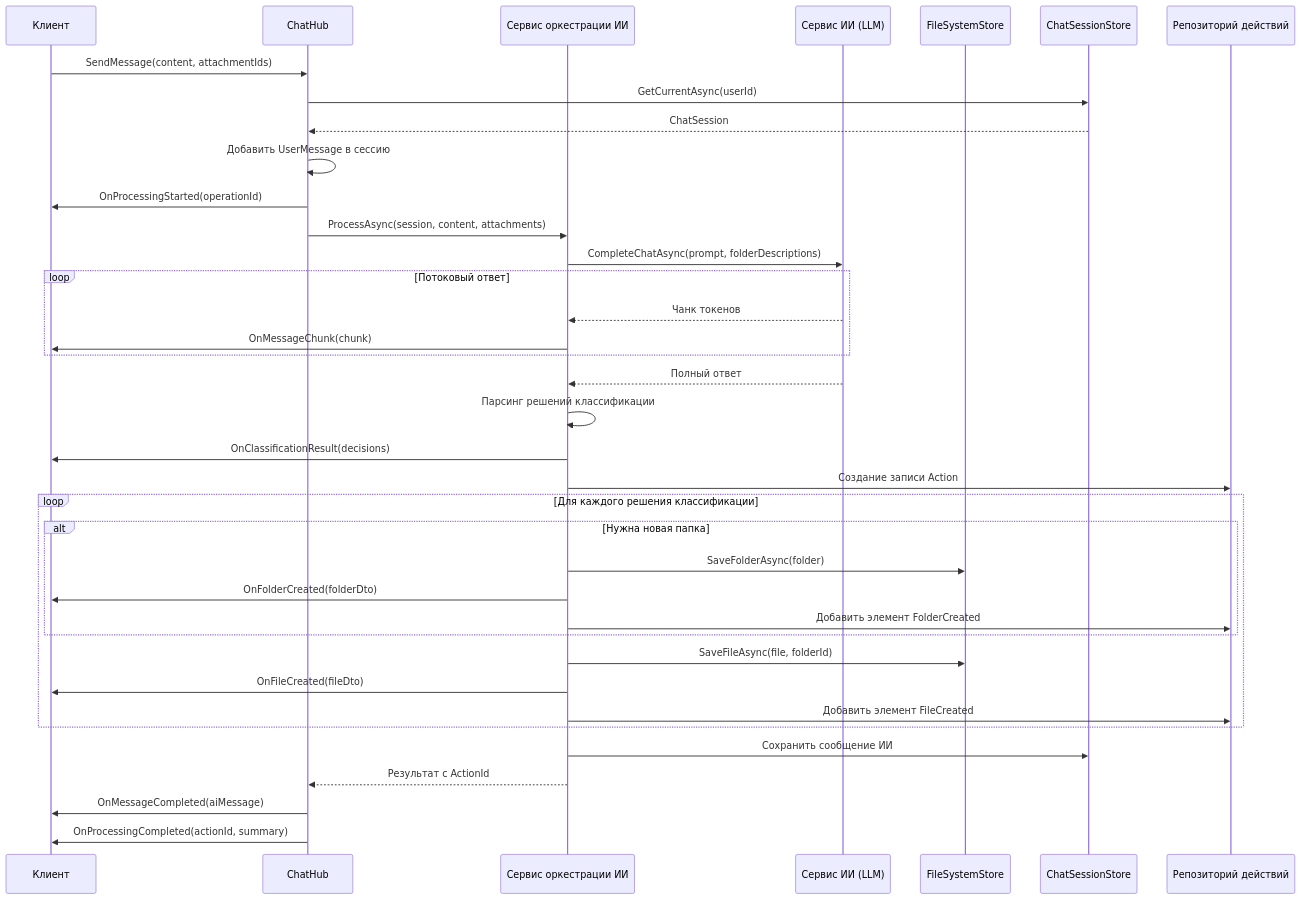
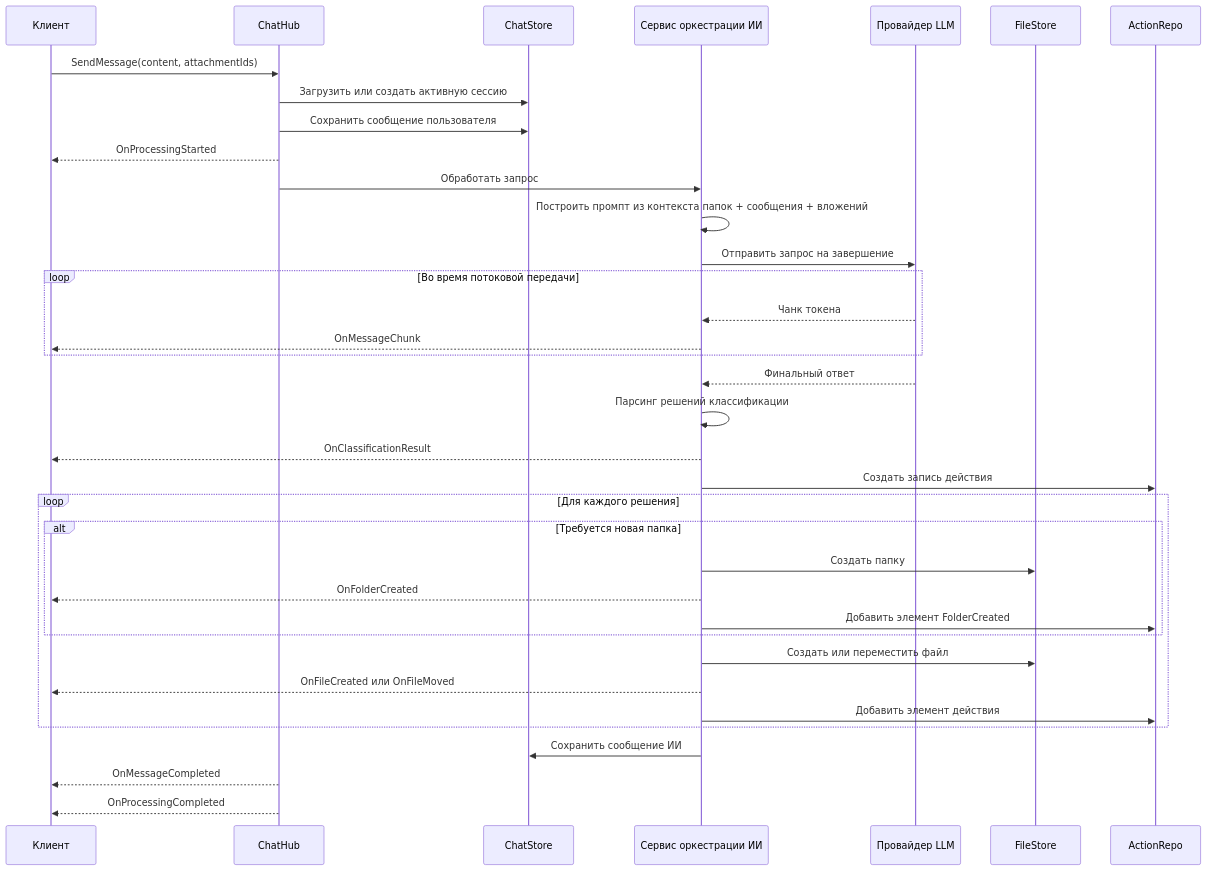
One commit to BarminGeorge/ShuKnow changed the first of 4 diagrams in docs/API_ARCHITECTURE.md. Above: the diagram before and after it, drawn with Mermaid. The commit also changed other lines of this file and 3 other files, not shown here.

Commit message:
docs: update openapi/asyncapi and reduce API_ARCHITECTURE content

````diff
--- a/docs/API_ARCHITECTURE.md
+++ b/docs/API_ARCHITECTURE.md
@@ -437,49 +36,46 @@
 ```mermaid
 sequenceDiagram
     participant Client as Клиент
     participant ChatHub
+    participant ChatStore
     participant AIOrch as Сервис оркестрации ИИ
-    participant AI as Сервис ИИ (LLM)
-    participant FSS as FileSystemStore
-    participant CSS as ChatSessionStore
-    participant ActionRepo as Репозиторий действий
+    participant AI as Провайдер LLM
+    participant FileStore
+    participant ActionRepo
 
     Client->>ChatHub: SendMessage(content, attachmentIds)
-    ChatHub->>CSS: GetCurrentAsync(userId)
-    CSS-->>ChatHub: ChatSession
+    ChatHub->>ChatStore: Загрузить или создать активную сессию
+    ChatHub->>ChatStore: Сохранить сообщение пользователя
+    ChatHub-->>Client: OnProcessingStarted
 
-    ChatHub->>ChatHub: Добавить UserMessage в сессию
-    ChatHub->>Client: OnProcessingStarted(operationId)
+    ChatHub->>AIOrch: Обработать запрос
+    AIOrch->>AIOrch: Построить промпт из контекста папок + сообщения + вложений
+    AIOrch->>AI: Отправить запрос на завершение
 
-    ChatHub->>AIOrch: ProcessAsync(session, content, attachments)
-
-    AIOrch->>AI: CompleteChatAsync(prompt, folderDescriptions)
-
-    loop Потоковый ответ
-        AI-->>AIOrch: Чанк токенов
-        AIOrch->>Client: OnMessageChunk(chunk)
+    loop Во время потоковой передачи
+        AI-->>AIOrch: Чанк токена
+        AIOrch-->>Client: OnMessageChunk
     end
 
-    AI-->>AIOrch: Полный ответ
+    AI-->>AIOrch: Финальный ответ
     AIOrch->>AIOrch: Парсинг решений классификации
-    AIOrch->>Client: OnClassificationResult(decisions)
+    AIOrch-->>Client: OnClassificationResult
 
-    AIOrch->>ActionRepo: Создание записи Action
+    AIOrch->>ActionRepo: Создать запись действия
 
-    loop Для каждого решения классификации
-        alt Нужна новая папка
-            AIOrch->>FSS: SaveFolderAsync(folder)
-            AIOrch->>Client: OnFolderCreated(folderDto)
+    loop Для каждого решения
+        alt Требуется новая папка
+            AIOrch->>FileStore: Создать папку
+            AIOrch-->>Client: OnFolderCreated
             AIOrch->>ActionRepo: Добавить элемент FolderCreated
         end
-        AIOrch->>FSS: SaveFileAsync(file, folderId)
-        AIOrch->>Client: OnFileCreated(fileDto)
-        AIOrch->>ActionRepo: Добавить элемент FileCreated
+
+        AIOrch->>FileStore: Создать или переместить файл
+        AIOrch-->>Client: OnFileCreated или OnFileMoved
+        AIOrch->>ActionRepo: Добавить элемент действия
     end
 
-    AIOrch->>CSS: Сохранить сообщение ИИ
-    AIOrch-->>ChatHub: Результат с ActionId
-
-    ChatHub->>Client: OnMessageCompleted(aiMessage)
-    ChatHub->>Client: OnProcessingCompleted(actionId, summary)
+    AIOrch->>ChatStore: Сохранить сообщение ИИ
+    ChatHub-->>Client: OnMessageCompleted
+    ChatHub-->>Client: OnProcessingCompleted
 ```
````
